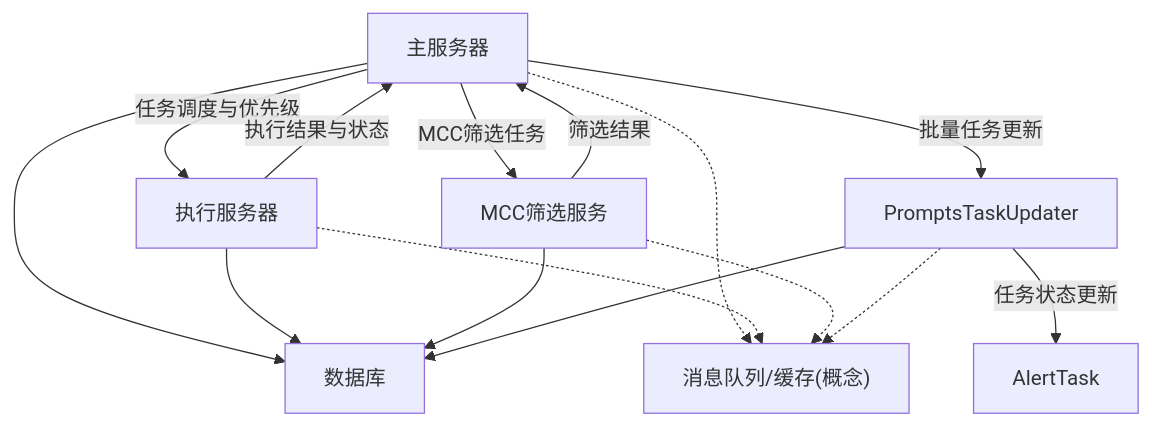
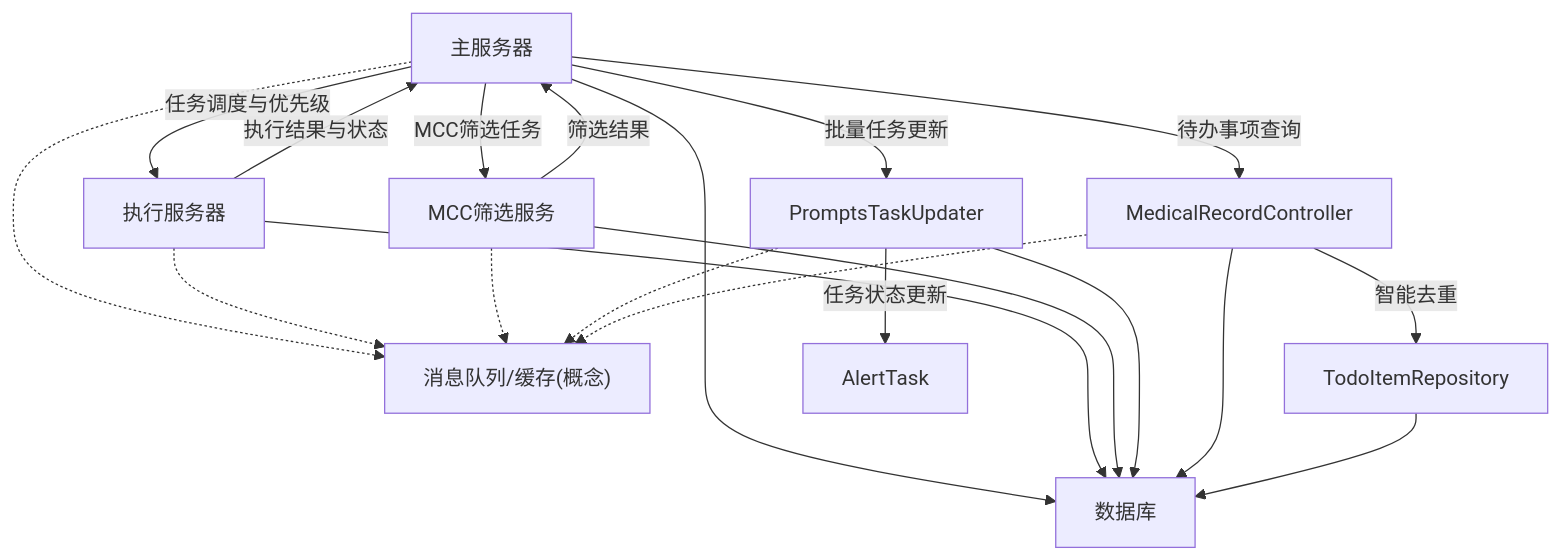
One commit to liuzh2008/med_ai_assistant_workspace changed the second of 16 diagrams in .qoder/repowiki/zh/content/核心功能模块/任务调度系统.md. Above: the diagram before and after it, drawn with Mermaid. The commit also changed other lines of this file and 5 other files, not shown here.

````diff
--- a/.qoder/repowiki/zh/content/核心功能模块/任务调度系统.md
+++ b/.qoder/repowiki/zh/content/核心功能模块/任务调度系统.md
@@ -186,23 +214,30 @@
 ```mermaid
 graph TB
 MS["主服务器"]
 ES["执行服务器"]
 DB["数据库"]
 MQ["消息队列/缓存(概念)"]
 MCC["MCC筛选服务"]
 PTU["PromptsTaskUpdater"]
+MRCT["MedicalRecordController"]
+TIR["TodoItemRepository"]
 MS --> |任务调度与优先级| ES
 MS --> |MCC筛选任务| MCC
 MS --> |批量任务更新| PTU
+MS --> |待办事项查询| MRCT
+MRCT --> |智能去重| TIR
 ES --> |执行结果与状态| MS
 MCC --> |筛选结果| MS
 PTU --> |任务状态更新| AT["AlertTask"]
 MS --> DB
 ES --> DB
 MCC --> DB
 PTU --> DB
+MRCT --> DB
+TIR --> DB
 MS -.-> MQ
 ES -.-> MQ
 MCC -.-> MQ
 PTU -.-> MQ
+MRCT -.-> MQ
 ```
````
